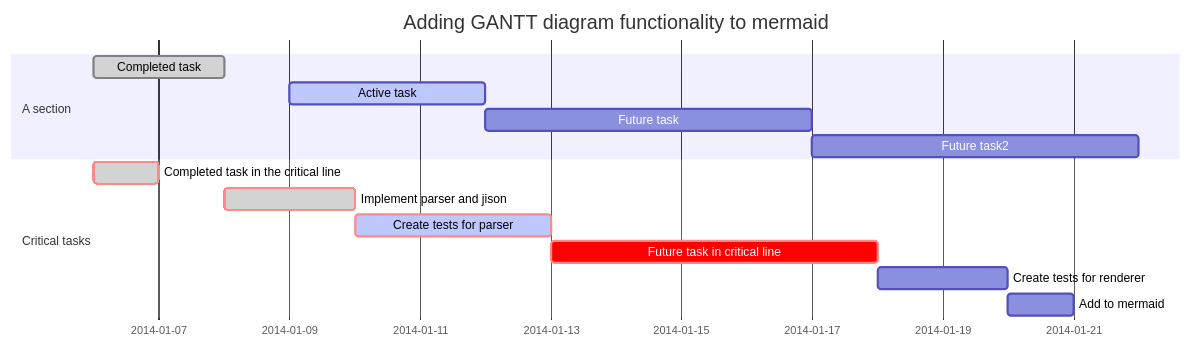
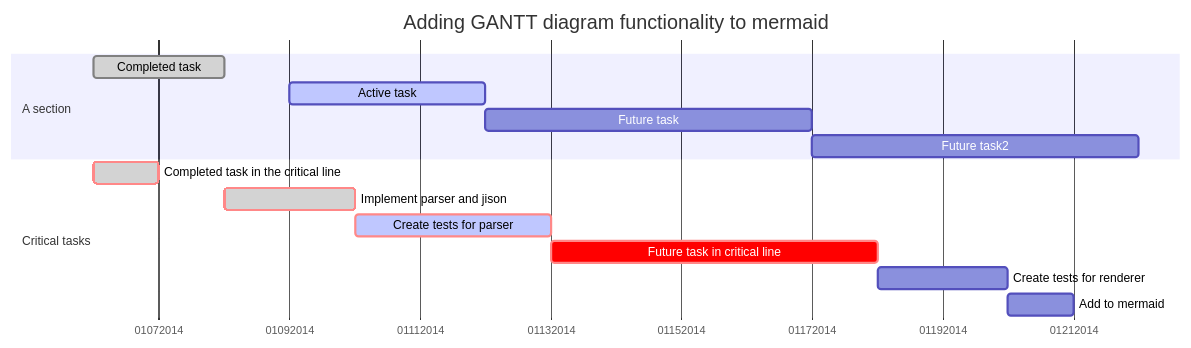
Before and after one commit to montanus2019/montanus2019.github.io: the third of 3 diagrams in _posts/2019-01-08-computer-解决流程图支持问题.md, drawn with Mermaid.

Commit message:
甘特图x轴格式

```diff
--- a/_posts/2019-01-08-computer-解决流程图支持问题.md
+++ b/_posts/2019-01-08-computer-解决流程图支持问题.md
@@ -112,17 +112,18 @@
 <div class="mermaid">
 gantt 
         dateFormat YYYY-MM-DD 
+        axisFormat %m%d%Y
         title Adding GANTT diagram functionality to mermaid 
         section A section 
         Completed task :done, des1, 2014-01-06,2014-01-08 
         Active task :active, des2, 2014-01-09, 3d 
         Future task : des3, after des2, 5d 
         Future task2 : des4, after des3, 5d 
         section Critical tasks 
         Completed task in the critical line :crit, done, 2014-01-06,24h 
         Implement parser and jison :crit, done, after des1, 2d 
         Create tests for parser :crit, active, 3d 
         Future task in critical line :crit, 5d 
         Create tests for renderer :2d 
         Add to mermaid :1d
 </div>
```
